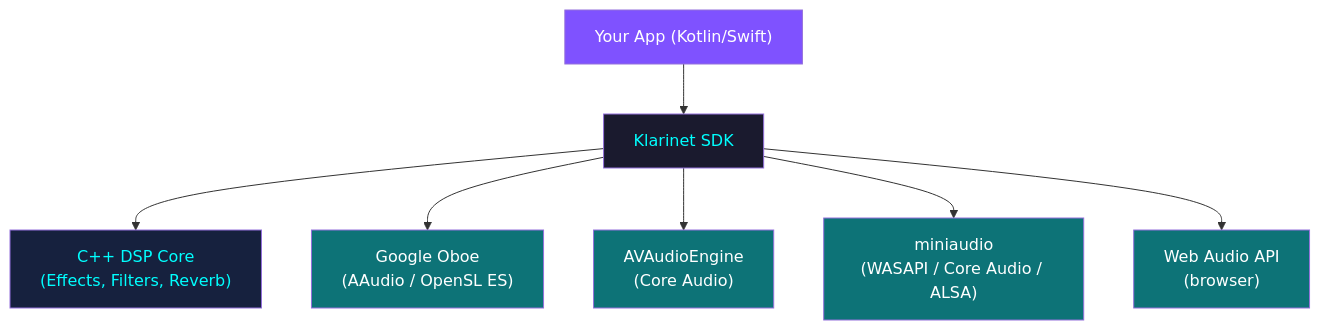
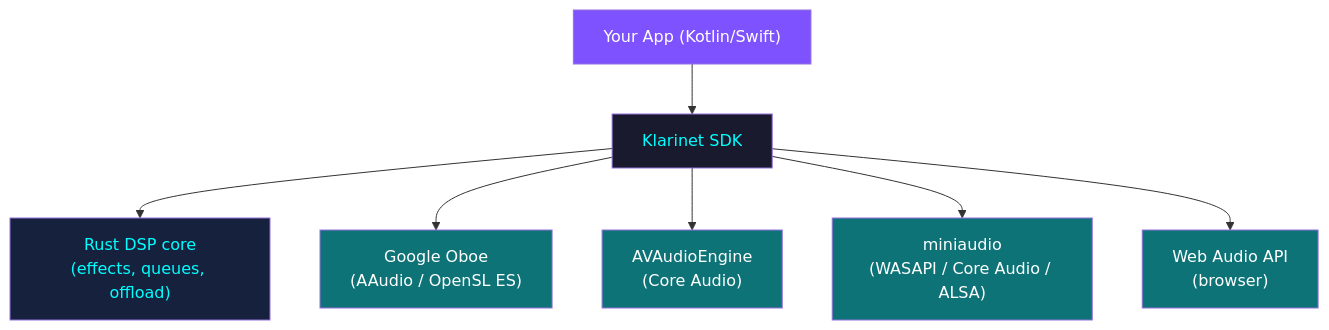
One commit to vectencia/Klarinet changed the diagram in README.md. Above: the diagram before and after it, drawn with Mermaid. The commit also changed other lines of this file and 115 other files, not shown here.

````diff
--- a/README.md
+++ b/README.md
@@ -384,17 +386,17 @@
 ```mermaid
 graph TD
     A["Your App (Kotlin/Swift)"] --> B[Klarinet SDK]
-    B --> C["C++ DSP Core<br/>(Effects, Filters, Reverb)"]
+    B --> C["Rust DSP core<br/>(effects, queues, offload)"]
     B --> D["Google Oboe<br/>(AAudio / OpenSL ES)"]
     B --> E["AVAudioEngine<br/>(Core Audio)"]
     B --> F["miniaudio<br/>(WASAPI / Core Audio / ALSA)"]
     B --> G["Web Audio API<br/>(browser)"]
     
     style A fill:#7F52FF,color:#fff
     style B fill:#1a1a2e,color:#0ff
     style C fill:#16213e,color:#0ff
     style D fill:#0d7377,color:#fff
     style E fill:#0d7377,color:#fff
     style F fill:#0d7377,color:#fff
     style G fill:#0d7377,color:#fff
 ```
````
